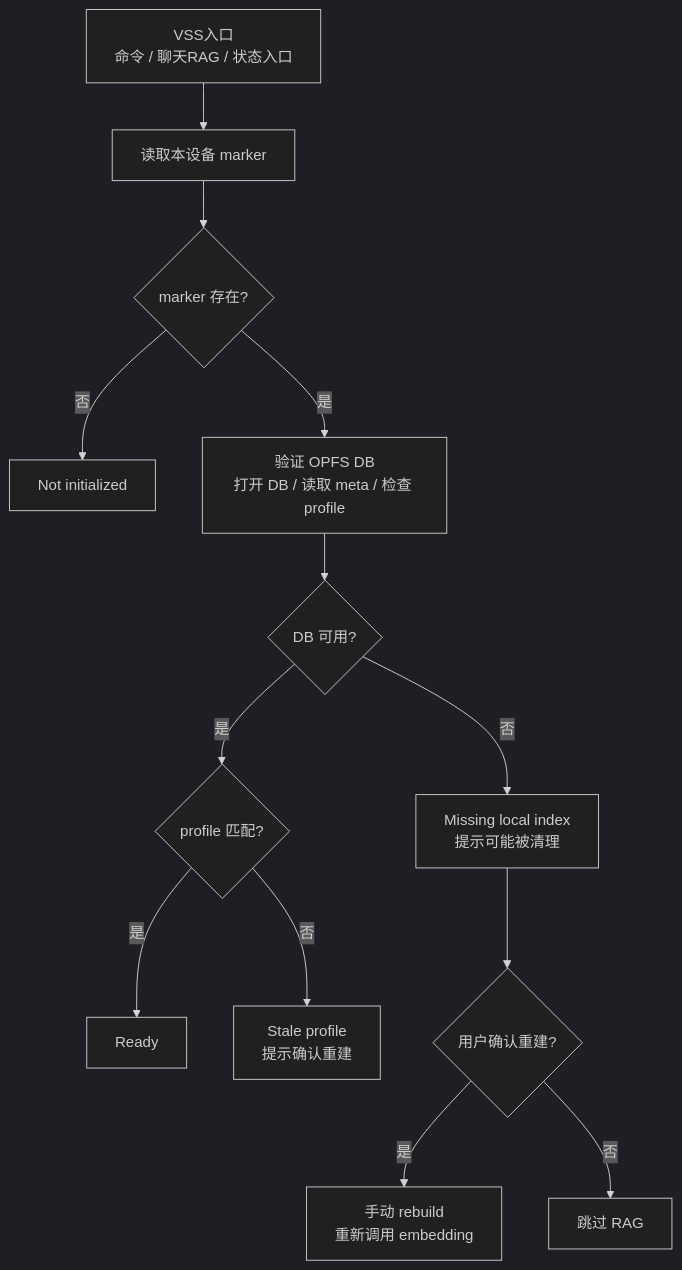
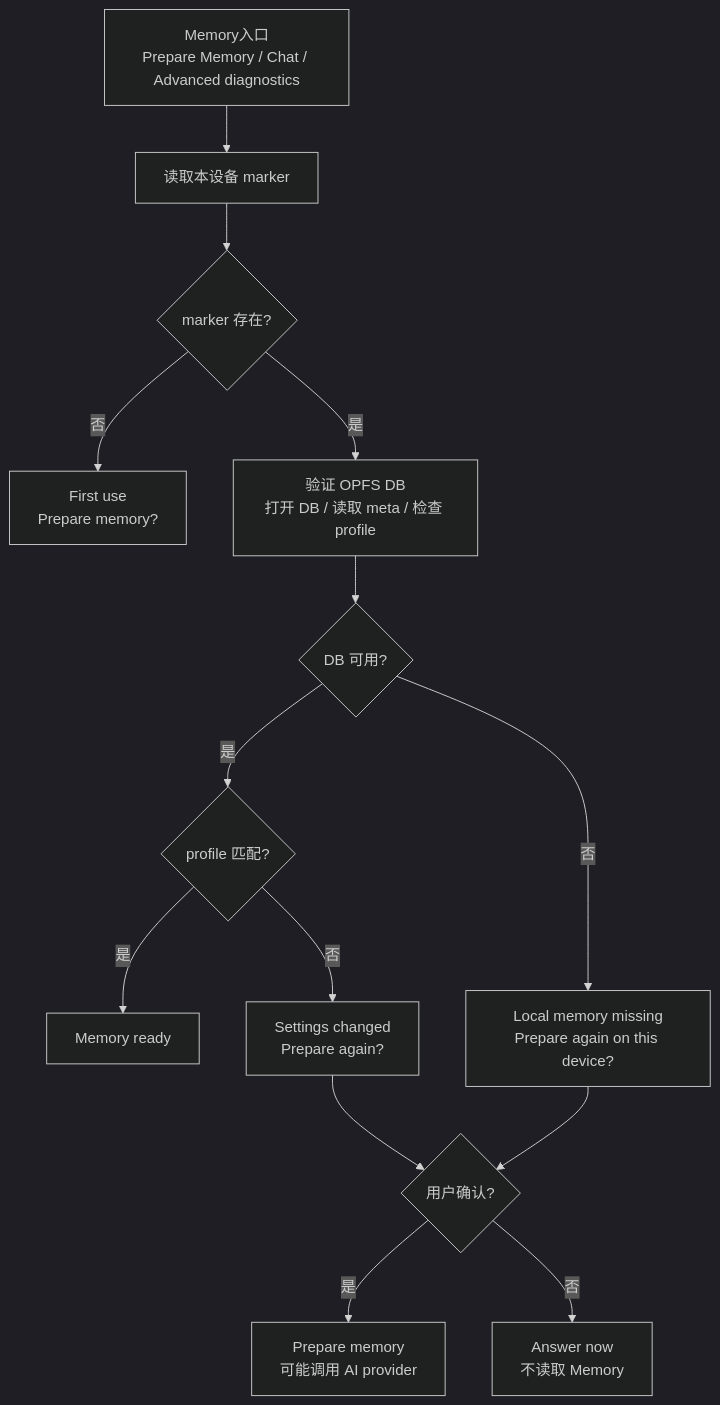
The second of 5 diagrams in docs/vss-sqlite-wasm-architecture.md (edonyzpc/personal-assistant), drawn with Mermaid (dark theme) before and after one commit. The commit also changed other lines of this file and 5 other files, not shown here.

Commit message:
docs(memory): document note memory product flow

````diff
--- a/docs/vss-sqlite-wasm-architecture.md
+++ b/docs/vss-sqlite-wasm-architecture.md
@@ -266,15 +293,16 @@
 ```mermaid
 flowchart TD
-  Entry["VSS入口\n命令 / 聊天RAG / 状态入口"] --> LoadMarker["读取本设备 marker"]
+  Entry["Memory入口\nPrepare Memory / Chat / Advanced diagnostics"] --> LoadMarker["读取本设备 marker"]
   LoadMarker --> HasMarker{"marker 存在?"}
-  HasMarker -->|否| NotInit["Not initialized"]
+  HasMarker -->|否| NotInit["First use\nPrepare memory?"]
   HasMarker -->|是| VerifyDB["验证 OPFS DB\n打开 DB / 读取 meta / 检查 profile"]
   VerifyDB --> DBOK{"DB 可用?"}
   DBOK -->|是| ProfileOK{"profile 匹配?"}
-  ProfileOK -->|是| Ready["Ready"]
-  ProfileOK -->|否| Stale["Stale profile\n提示确认重建"]
-  DBOK -->|否| Missing["Missing local index\n提示可能被清理"]
-  Missing --> Confirm{"用户确认重建?"}
-  Confirm -->|是| Rebuild["手动 rebuild\n重新调用 embedding"]
-  Confirm -->|否| Skip["跳过 RAG"]
+  ProfileOK -->|是| Ready["Memory ready"]
+  ProfileOK -->|否| ChangedSettings["Settings changed\nPrepare again?"]
+  DBOK -->|否| Missing["Local memory missing\nPrepare again on this device?"]
+  Missing --> Confirm{"用户确认?"}
+  ChangedSettings --> Confirm
+  Confirm -->|是| Rebuild["Prepare memory\n可能调用 AI provider"]
+  Confirm -->|否| Skip["Answer now\n不读取 Memory"]
 ```
````
